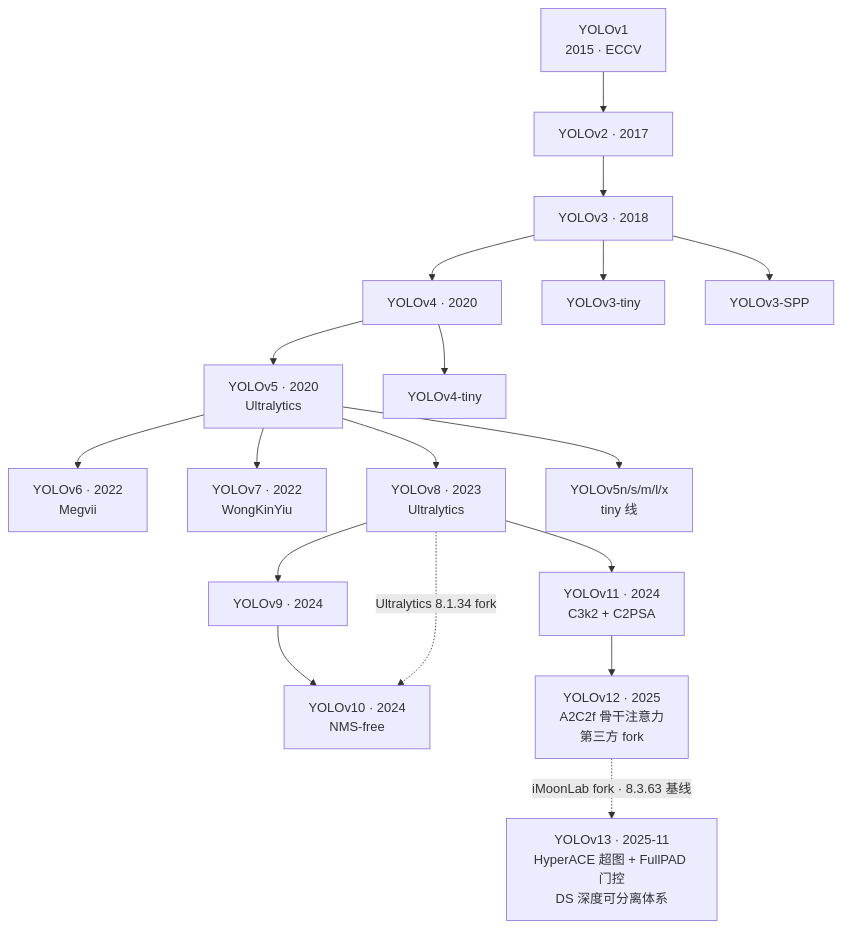
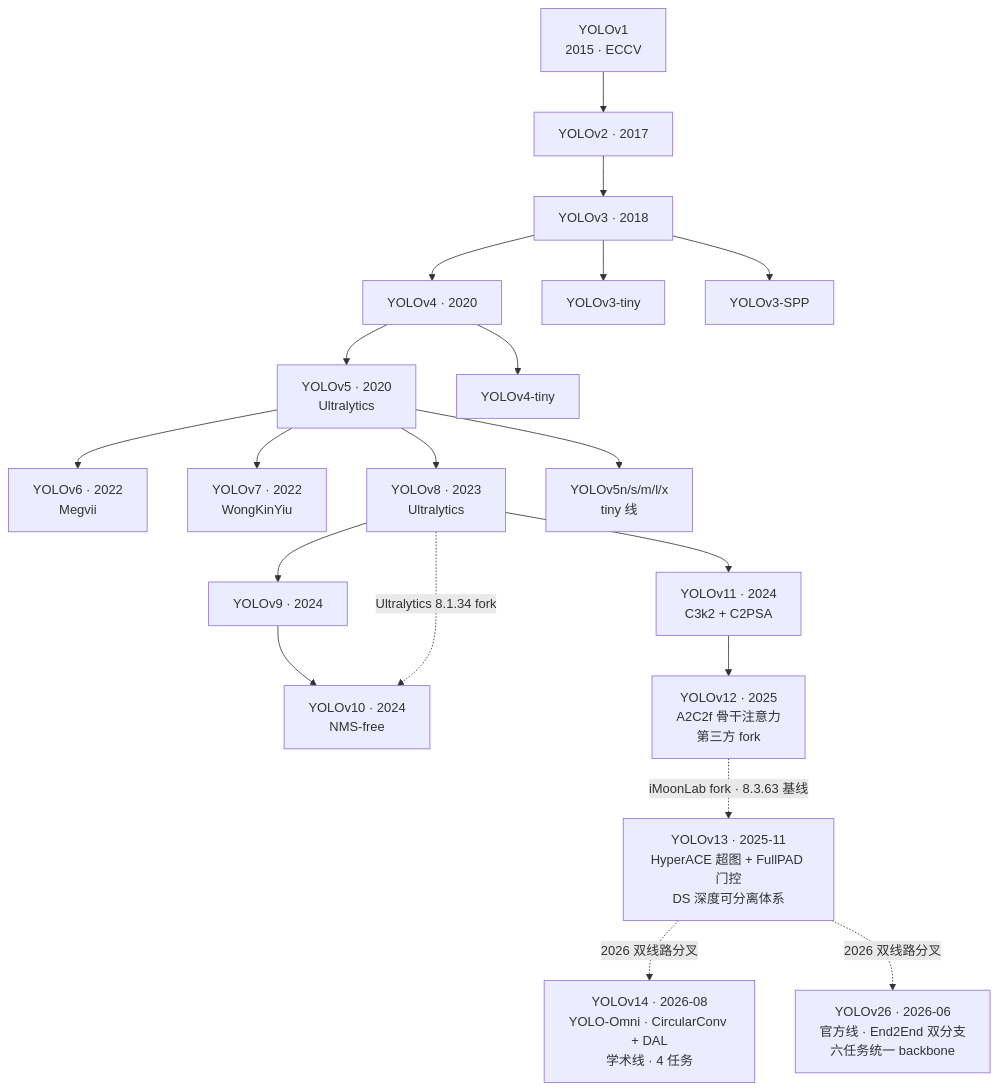
The first of 3 diagrams in docs/global/family.md (yejinlei/agent-yolo), drawn with Mermaid before and after one commit. The commit also changed other lines of this file and 70 other files, not shown here.

First line of the commit message:
YOLOv14 + YOLO26 双线文档体系上线：v14 学术线（YOLO-Omni）+ v26 官方线（End2End）

````diff
--- a/docs/global/family.md
+++ b/docs/global/family.md
@@ -7,23 +7,26 @@
 ```mermaid
 flowchart TB
   V1[YOLOv1<br/>2015 · ECCV] --> V2[YOLOv2 · 2017]
   V2 --> V3[YOLOv3 · 2018]
   V3 --> V4[YOLOv4 · 2020]
   V3 --> V3T[YOLOv3-tiny]
   V3 --> V3S[YOLOv3-SPP]
 
   V4 --> V5[YOLOv5 · 2020<br/>Ultralytics]
   V4 --> V4T[YOLOv4-tiny]
 
   V5 --> V6[YOLOv6 · 2022<br/>Megvii]
   V5 --> V7[YOLOv7 · 2022<br/>WongKinYiu]
   V5 --> V8[YOLOv8 · 2023<br/>Ultralytics]
   V5 --> V5N[YOLOv5n/s/m/l/x<br/>tiny 线]
 
   V8 --> V9[YOLOv9 · 2024]
   V9 --> V10[YOLOv10 · 2024<br/>NMS-free]
   V8 -.->|"Ultralytics 8.1.34 fork"| V10
   V8 --> V11[YOLOv11 · 2024<br/>C3k2 + C2PSA]
   V11 --> V12[YOLOv12 · 2025<br/>A2C2f 骨干注意力<br/>第三方 fork]
   V12 -.->|"iMoonLab fork · 8.3.63 基线"| V13[YOLOv13 · 2025-11<br/>HyperACE 超图 + FullPAD 门控<br/>DS 深度可分离体系]
+
+  V13 -.->|"2026 双线路分叉"| V14[YOLOv14 · 2026-08<br/>YOLO-Omni · CircularConv + DAL<br/>学术线 · 4 任务]
+  V13 -.->|"2026 双线路分叉"| V26[YOLOv26 · 2026-06<br/>官方线 · End2End 双分支<br/>六任务统一 backbone]
 ```
````
